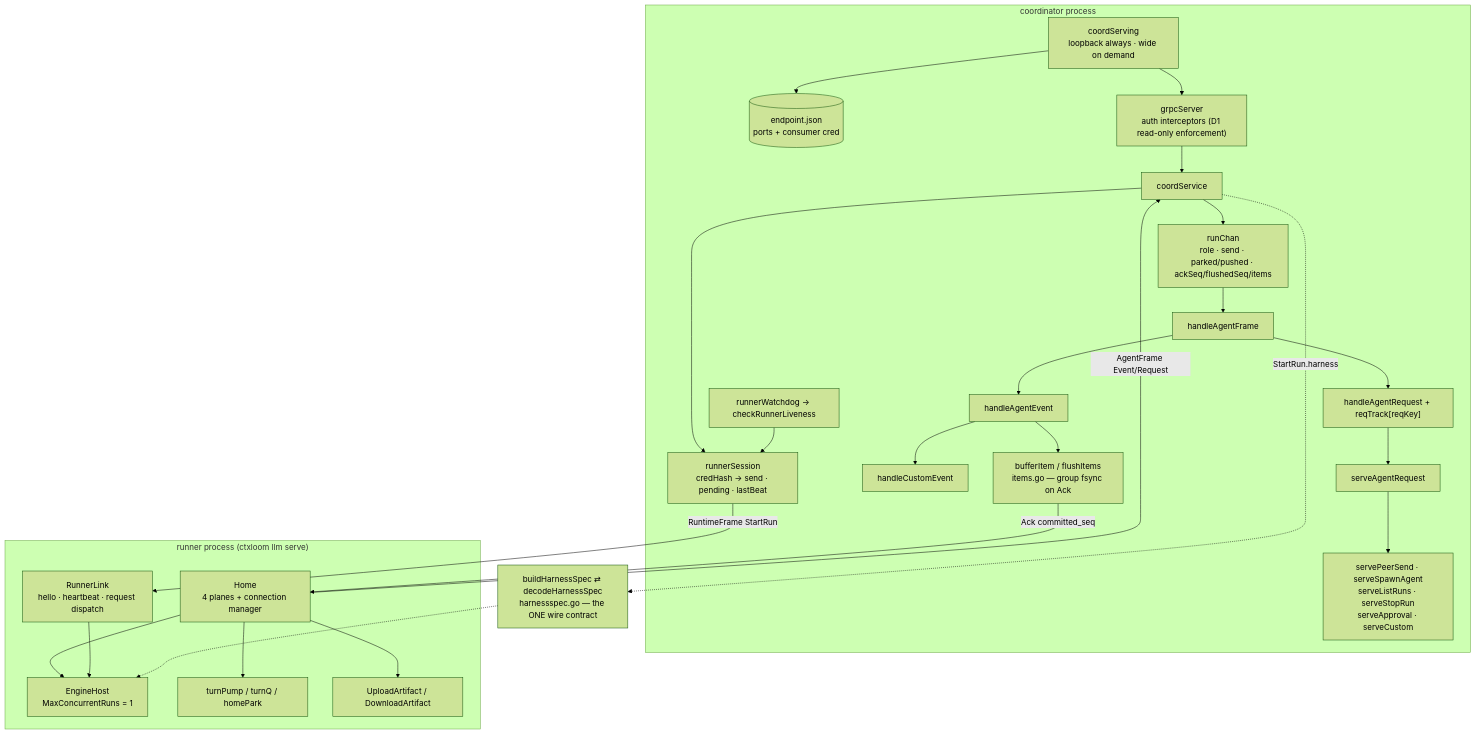
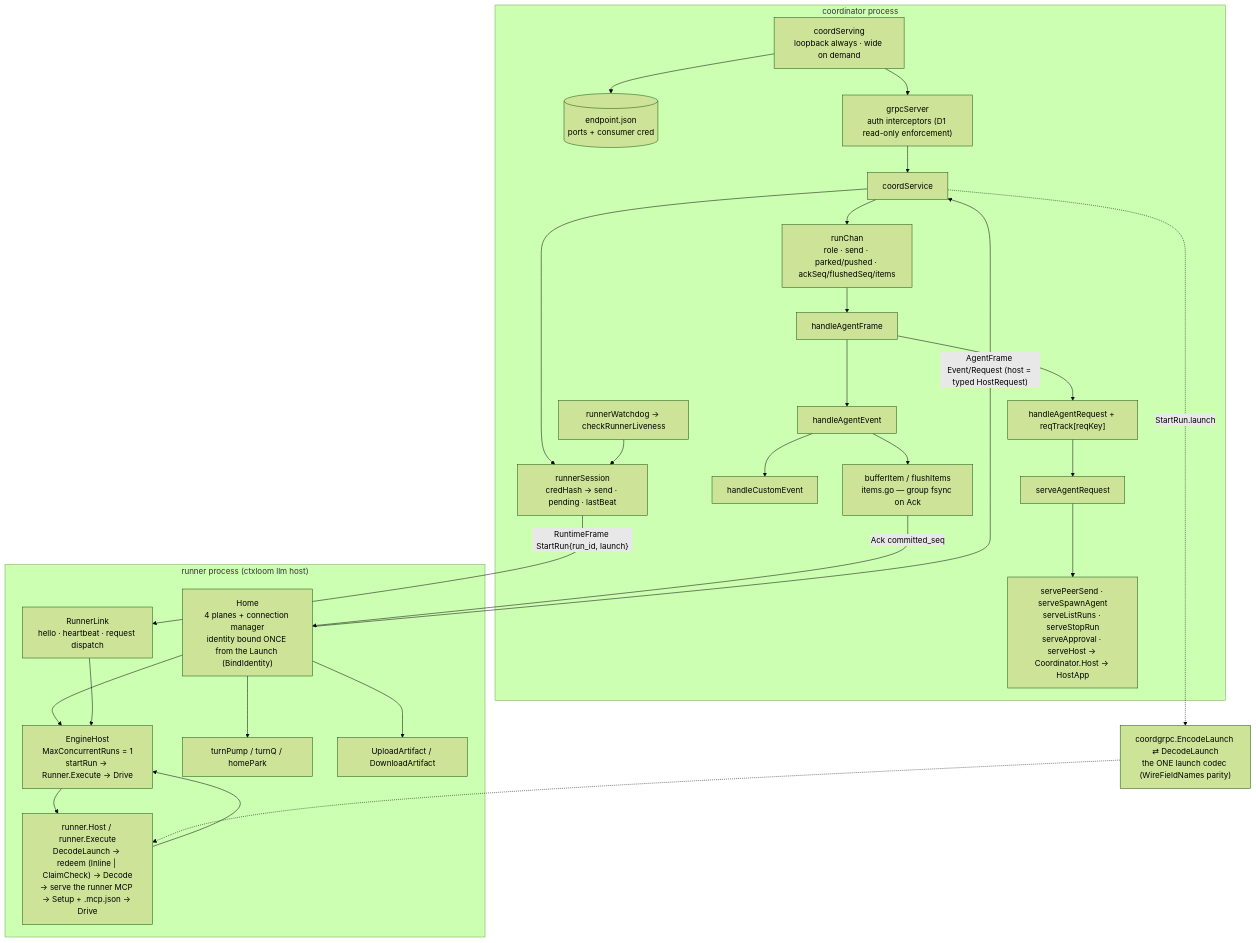
Before and after one commit to ctxloom/ctxloom: the diagram in docs/architecture/agentcoord/transport.md, drawn with Mermaid (forest theme). The commit also changed other lines of this file and 5 other files, not shown here.

First line of the commit message:
docs(architecture): the landed launch wire and runner in §1.1, §1.7, §2.1, §2.2 and the agentcoord graphs

````diff
--- a/docs/architecture/agentcoord/transport.md
+++ b/docs/architecture/agentcoord/transport.md
@@ -12,42 +14,44 @@
 ```mermaid
 flowchart TD
   subgraph coordinator["coordinator process"]
     SRV["coordServing<br/>loopback always · wide on demand"]
     EP[("endpoint.json<br/>ports + consumer cred")]
     GS["grpcServer<br/>auth interceptors (D1 read-only enforcement)"]
     CS["coordService"]
     RSESS["runnerSession<br/>credHash → send · pending · lastBeat"]
     WD["runnerWatchdog → checkRunnerLiveness"]
     CH["runChan<br/>role · send · parked/pushed · ackSeq/flushedSeq/items"]
     HAF["handleAgentFrame"]
     HAE["handleAgentEvent"]
     HCE["handleCustomEvent"]
     HAR["handleAgentRequest + reqTrack[reqKey]"]
     SAR["serveAgentRequest"]
-    VERBS["servePeerSend · serveSpawnAgent<br/>serveListRuns · serveStopRun<br/>serveApproval · serveCustom"]
+    VERBS["servePeerSend · serveSpawnAgent<br/>serveListRuns · serveStopRun<br/>serveApproval · serveHost → Coordinator.Host → HostApp"]
     ITEMS["bufferItem / flushItems<br/>items.go — group fsync on Ack"]
     SRV --> EP
     SRV --> GS --> CS
     CS --> RSESS
     CS --> CH --> HAF --> HAE --> HCE
     HAE --> ITEMS
     HAF --> HAR --> SAR --> VERBS
     WD --> RSESS
   end
-  subgraph runner["runner process (ctxloom llm serve)"]
-    HOME["Home<br/>4 planes + connection manager"]
+  subgraph runner["runner process (ctxloom llm host)"]
+    HOME["Home<br/>4 planes + connection manager<br/>identity bound ONCE from the Launch (BindIdentity)"]
     RL["RunnerLink<br/>hello · heartbeat · request dispatch"]
-    EH["EngineHost<br/>MaxConcurrentRuns = 1"]
+    EH["EngineHost<br/>MaxConcurrentRuns = 1<br/>startRun → Runner.Execute → Drive"]
+    RUN["runner.Host / runner.Execute<br/>DecodeLaunch → redeem (Inline | ClaimCheck) → Decode<br/>→ serve the runner MCP → Setup + .mcp.json → Drive"]
     TP["turnPump / turnQ / homePark"]
     HA["UploadArtifact / DownloadArtifact"]
     HOME --> TP
     HOME --> HA
     HOME --> EH
     RL --> EH
+    EH --> RUN --> EH
   end
-  HS["buildHarnessSpec ⇄ decodeHarnessSpec<br/>harnessspec.go — the ONE wire contract"]
-  RSESS -->|"RuntimeFrame StartRun"| RL
-  HOME -->|"AgentFrame Event/Request"| CS
+  CODEC["coordgrpc.EncodeLaunch ⇄ DecodeLaunch<br/>the ONE launch codec (WireFieldNames parity)"]
+  RSESS -->|"RuntimeFrame StartRun{run_id, launch}"| RL
+  HOME -->|"AgentFrame Event/Request (host = typed HostRequest)"| CS
   ITEMS -->|"Ack committed_seq"| HOME
-  CS -.->|"StartRun.harness"| HS -.-> EH
+  CS -.->|"StartRun.launch"| CODEC -.-> RUN
 ```
````
